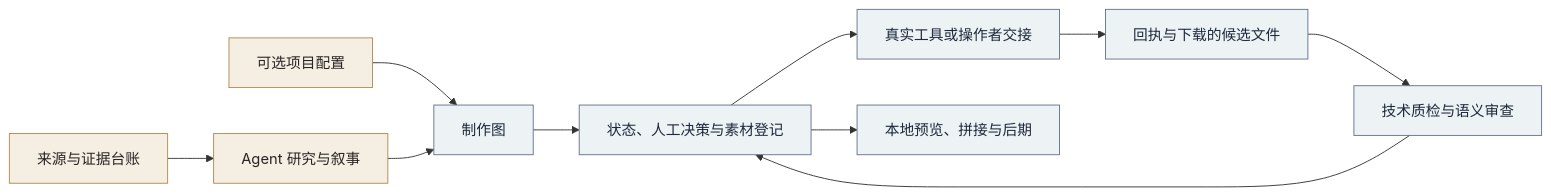
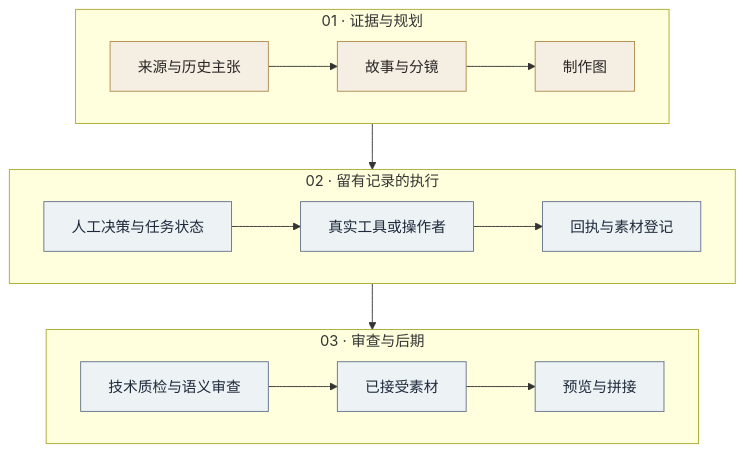
One commit to Brighthao18/chronicle-frame changed the diagram in README.zh-CN.md. Above: the diagram before and after it, drawn with Mermaid. The commit also changed 6 other files, not shown here.

Commit message:
Declare isolated test dependencies and improve README diagrams

````diff
--- a/README.zh-CN.md
+++ b/README.zh-CN.md
@@ -91,16 +91,20 @@
 ```mermaid
-flowchart LR
-    E[来源与证据台账] --> A[Agent 研究与叙事]
-    P[可选项目配置] --> G[制作图]
-    A --> G
-    G --> S[状态、人工决策与素材登记]
-    S --> H[真实工具或操作者交接]
-    H --> R[回执与下载的候选文件]
-    R --> Q[技术质检与语义审查]
-    Q --> S
-    S --> L[本地预览、拼接与后期]
+flowchart TB
+    subgraph PLAN["01 · 证据与规划"]
+        direction LR
+        E[来源与历史主张] --> A[故事与分镜] --> G[制作图]
+    end
+    subgraph EXEC["02 · 留有记录的执行"]
+        direction LR
+        S[人工决策与任务状态] --> H[真实工具或操作者] --> R[回执与素材登记]
+    end
+    subgraph FINISH["03 · 审查与后期"]
+        direction LR
+        Q[技术质检与语义审查] --> I[已接受素材] --> L[预览与拼接]
+    end
+    PLAN --> EXEC --> FINISH
     classDef source fill:#f4eee3,stroke:#b08b4f,color:#292524
     classDef runtime fill:#edf2f4,stroke:#64748b,color:#1e293b
-    class E,A,P source
-    class G,S,H,R,Q,L runtime
+    class E,A,G source
+    class S,H,R,Q,I,L runtime
 ```
````
